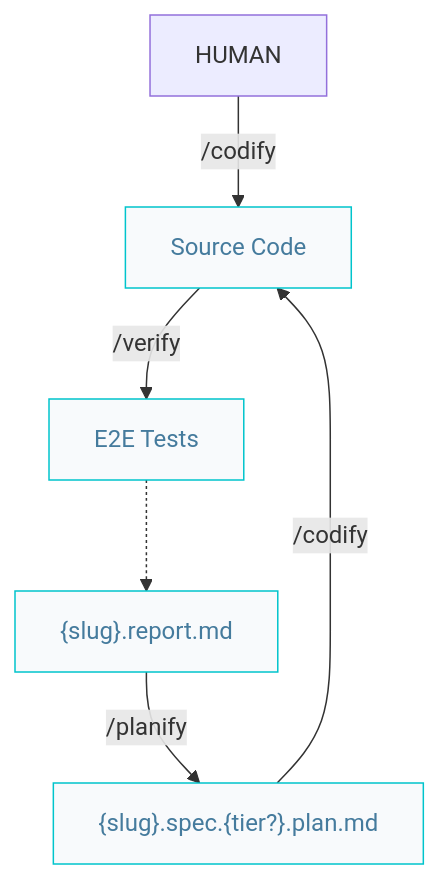
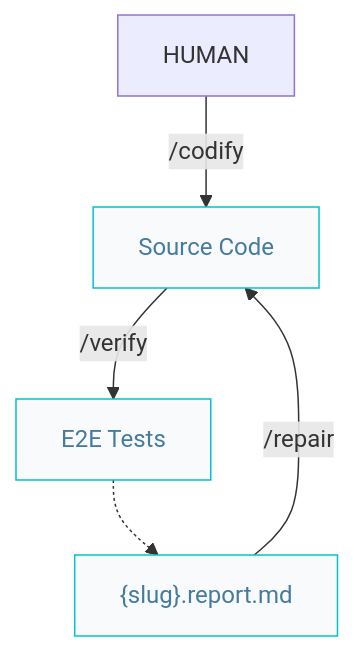
The second of 2 diagrams in docs/builder.pipelines.md (AIDDbot/AIDDbot), drawn with Mermaid before and after one commit. The commit also changed 3 other files, not shown here.

````diff
--- a/docs/builder.pipelines.md
+++ b/docs/builder.pipelines.md
@@ -21,16 +21,14 @@
 ```mermaid
 flowchart TD    
   HUM[HUMAN]
   COD[Source Code]:::nd
   E2E["E2E Tests"]:::nd
-  PLN["{slug}.spec.{tier?}.plan.md"]:::nd
   RPT["{slug}.report.md"]:::nd
 
   HUM -->|/codify| COD
   COD -->|/verify| E2E
   E2E -.-> RPT
-  RPT -->|/planify| PLN
-  PLN -->|/codify| COD
-
+  RPT -->|/repair| COD
+  
   classDef nd fill:#f8fafc,stroke:#00c4cc,color:#457b9d
 ```
````
